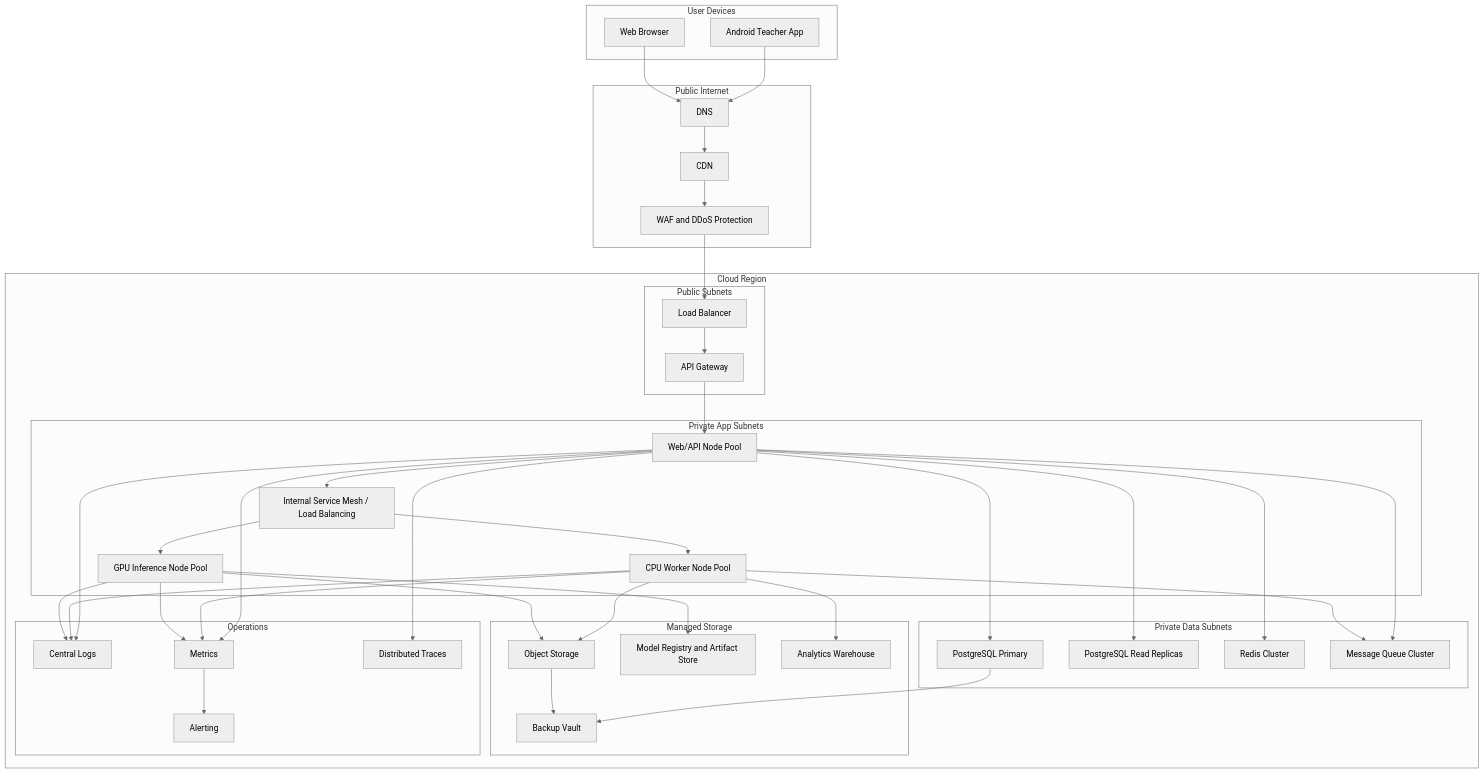
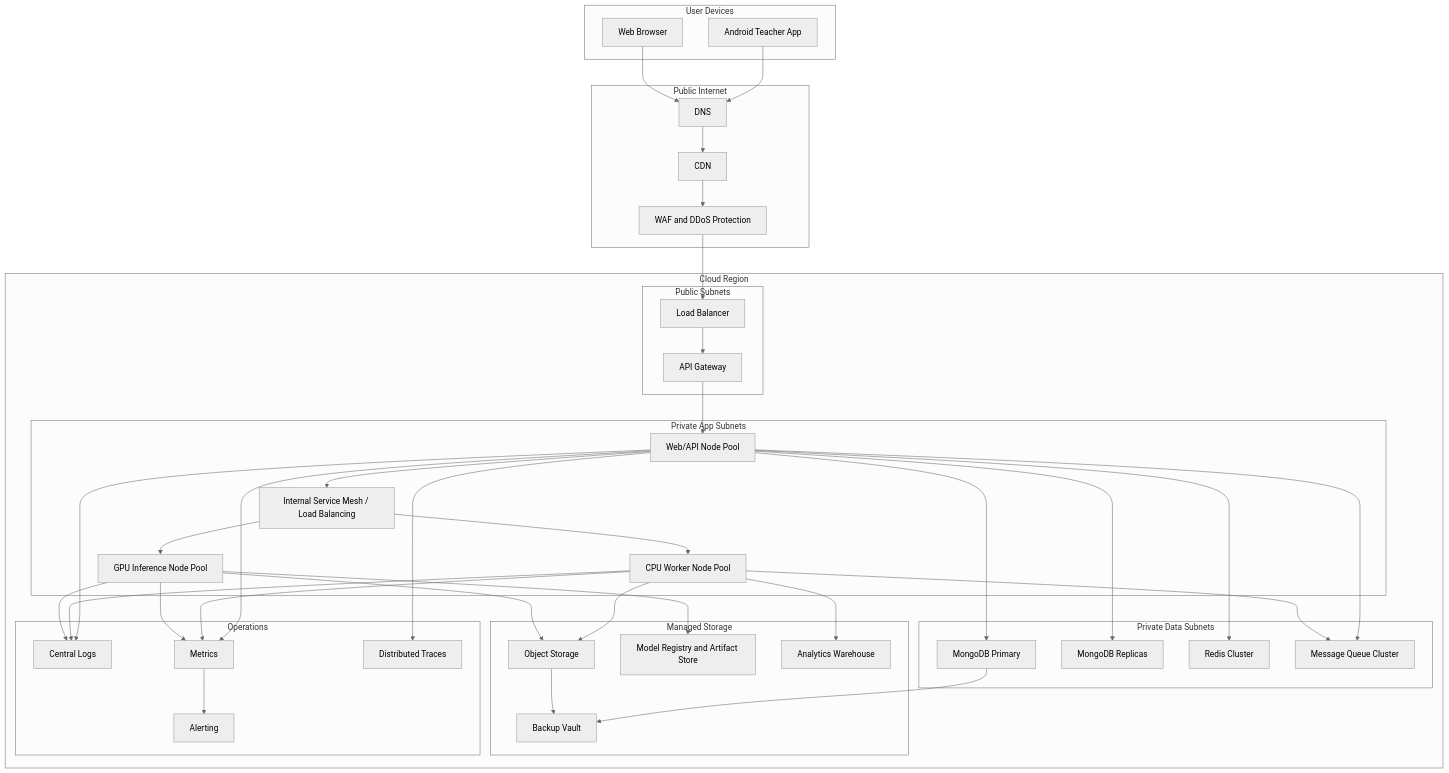
One commit to RahulPrsad/fln changed the fourth of 18 diagrams in ARCHITECTURE.md. Above: the diagram before and after it, drawn with Mermaid (neutral theme). The commit also changed other lines of this file and 4 other files, not shown here.

````diff
--- a/ARCHITECTURE.md
+++ b/ARCHITECTURE.md
@@ -239,74 +239,74 @@
 ```mermaid
 flowchart TB
     subgraph UserDevices["User Devices"]
         Android["Android Teacher App"]
         Browser["Web Browser"]
     end
 
     subgraph Internet["Public Internet"]
         DNS["DNS"]
         CDN["CDN"]
         WAF["WAF and DDoS Protection"]
     end
 
     subgraph Cloud["Cloud Region"]
         subgraph PublicSubnet["Public Subnets"]
             LB["Load Balancer"]
             APIGW["API Gateway"]
         end
 
         subgraph PrivateAppSubnet["Private App Subnets"]
             K8sWeb["Web/API Node Pool"]
             K8sWorkers["CPU Worker Node Pool"]
             K8sGPU["GPU Inference Node Pool"]
             InternalLB["Internal Service Mesh / Load Balancing"]
         end
 
         subgraph PrivateDataSubnet["Private Data Subnets"]
-            PGPrimary["PostgreSQL Primary"]
-            PGReplica["PostgreSQL Read Replicas"]
+            MongoPrimary["MongoDB Primary"]
+            MongoReplicas["MongoDB Replicas"]
             RedisCluster["Redis Cluster"]
             MQCluster["Message Queue Cluster"]
         end
 
         subgraph ManagedStorage["Managed Storage"]
             Obj["Object Storage"]
             Backup["Backup Vault"]
             ModelStore["Model Registry and Artifact Store"]
             Warehouse["Analytics Warehouse"]
         end
 
         subgraph Ops["Operations"]
             Logs["Central Logs"]
             Metrics["Metrics"]
             Traces["Distributed Traces"]
             Alerts["Alerting"]
         end
     end
 
     Android --> DNS --> CDN --> WAF --> LB --> APIGW
     Browser --> DNS
     APIGW --> K8sWeb
     K8sWeb --> InternalLB
     InternalLB --> K8sWorkers
     InternalLB --> K8sGPU
-    K8sWeb --> PGPrimary
-    K8sWeb --> PGReplica
+    K8sWeb --> MongoPrimary
+    K8sWeb --> MongoReplicas
     K8sWeb --> RedisCluster
     K8sWeb --> MQCluster
     K8sWorkers --> MQCluster
     K8sWorkers --> Obj
     K8sGPU --> Obj
     K8sGPU --> ModelStore
     K8sWorkers --> Warehouse
-    PGPrimary --> Backup
+    MongoPrimary --> Backup
     Obj --> Backup
     K8sWeb --> Logs
     K8sWorkers --> Logs
     K8sGPU --> Logs
     K8sWeb --> Metrics
     K8sWorkers --> Metrics
     K8sGPU --> Metrics
     Metrics --> Alerts
     K8sWeb --> Traces
 ```
````
